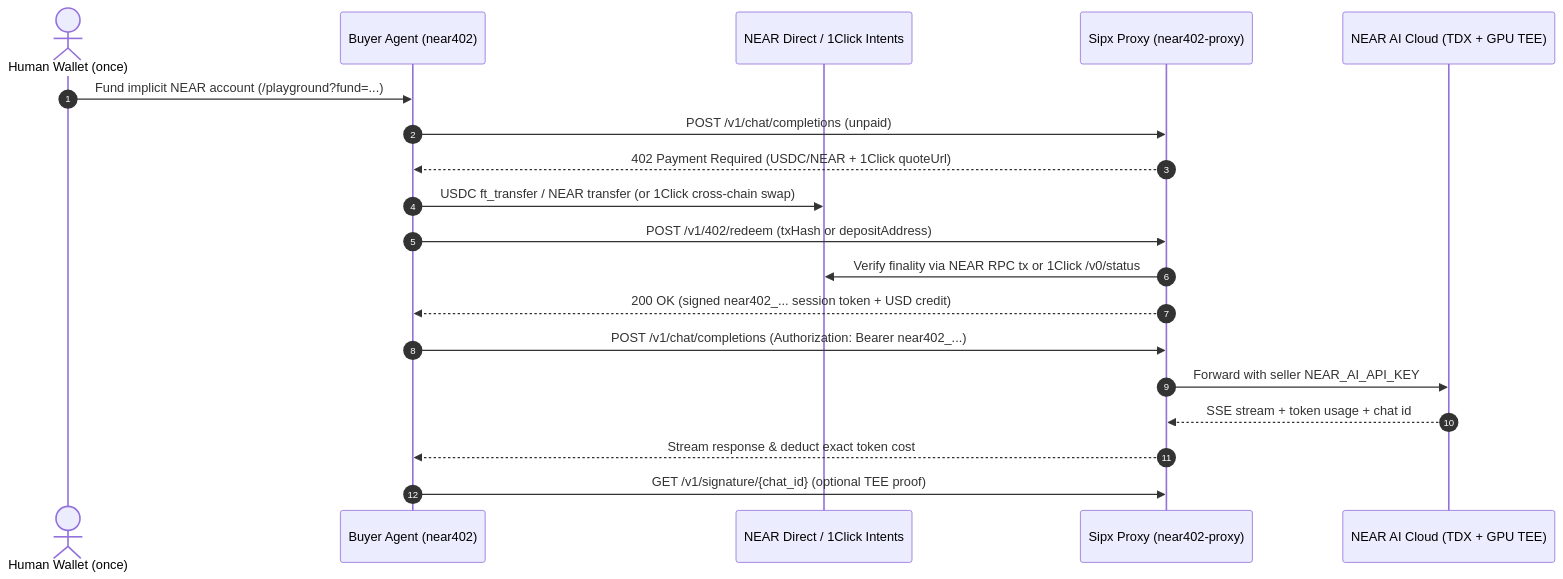
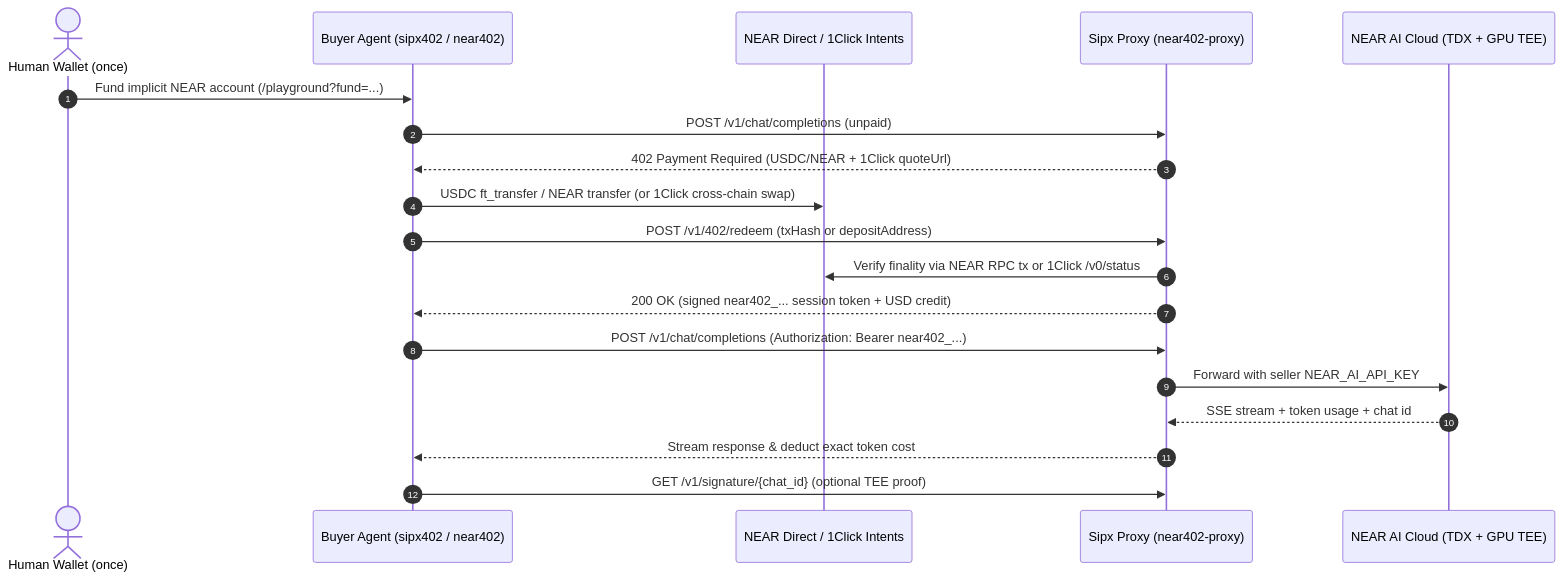
The diagram in README.md (ikwuoz/sipx), drawn with Mermaid before and after one commit. The commit also changed other lines of this file and 6 other files, not shown here.

````diff
--- a/README.md
+++ b/README.md
@@ -16,22 +80,22 @@
 ```mermaid
 sequenceDiagram
     autonumber
     actor Human as Human Wallet (once)
-    participant Agent as Buyer Agent (near402)
+    participant Agent as Buyer Agent (sipx402 / near402)
     participant Rails as NEAR Direct / 1Click Intents
     participant Proxy as Sipx Proxy (near402-proxy)
     participant TEE as NEAR AI Cloud (TDX + GPU TEE)
 
     Human->>Agent: Fund implicit NEAR account (/playground?fund=...)
     Agent->>Proxy: POST /v1/chat/completions (unpaid)
     Proxy-->>Agent: 402 Payment Required (USDC/NEAR + 1Click quoteUrl)
     Agent->>Rails: USDC ft_transfer / NEAR transfer (or 1Click cross-chain swap)
     Agent->>Proxy: POST /v1/402/redeem (txHash or depositAddress)
     Proxy->>Rails: Verify finality via NEAR RPC tx or 1Click /v0/status
     Proxy-->>Agent: 200 OK (signed near402_... session token + USD credit)
     Agent->>Proxy: POST /v1/chat/completions (Authorization: Bearer near402_...)
     Proxy->>TEE: Forward with seller NEAR_AI_API_KEY
     TEE-->>Proxy: SSE stream + token usage + chat id
     Proxy-->>Agent: Stream response & deduct exact token cost
     Agent->>Proxy: GET /v1/signature/{chat_id} (optional TEE proof)
 ```
````
